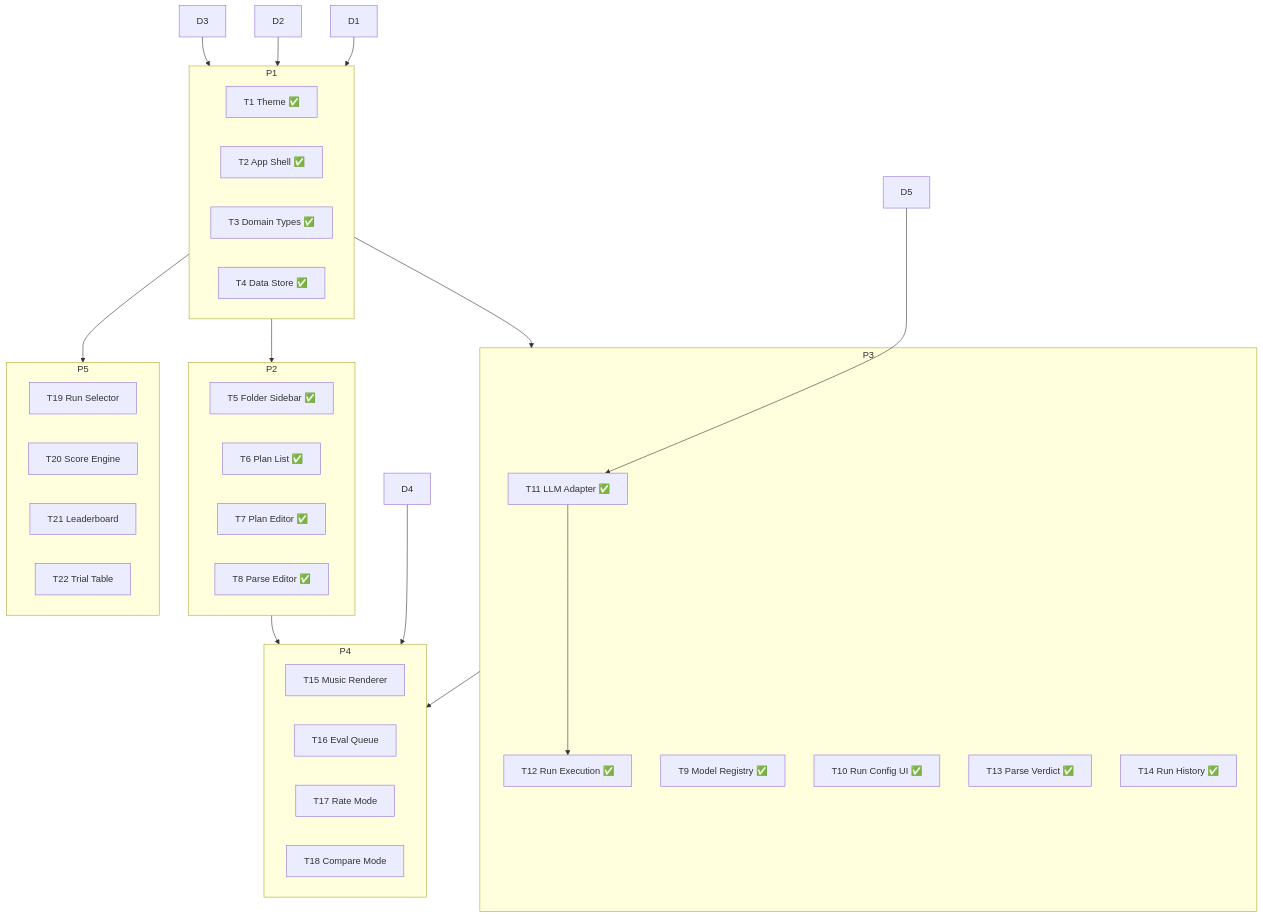
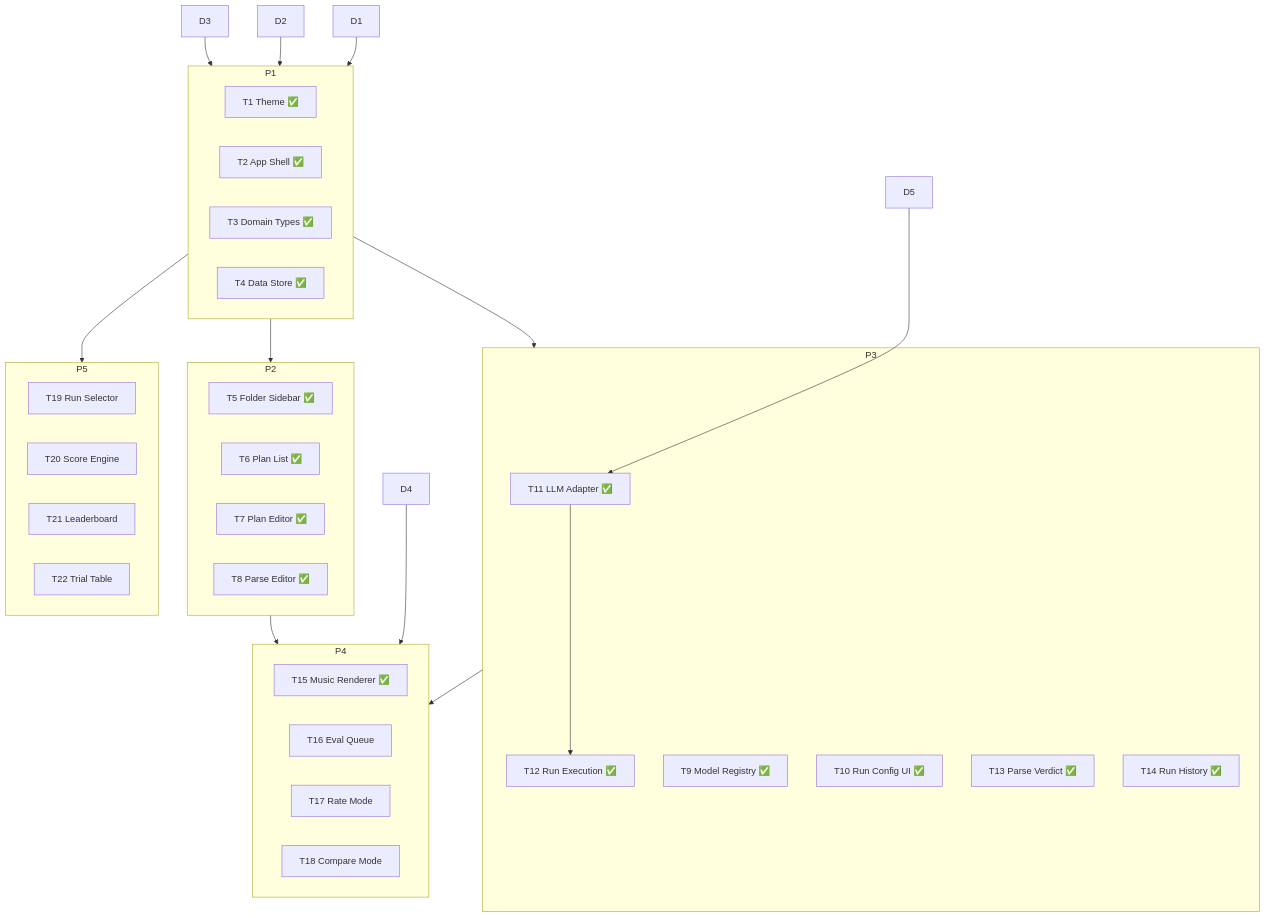
Before and after one commit to joelbreit/music-bench: the diagram in docs/roadmap.md, drawn with Mermaid. The commit also changed other lines of this file and 4 other files, not shown here.

Commit message:
T15 — Music Renderer Component

````diff
--- a/docs/roadmap.md
+++ b/docs/roadmap.md
@@ -61,50 +61,50 @@
 ```mermaid
 graph TD
     D1 & D2 & D3 --> P1
 
     P1[Phase 1: Foundation] --> P2[Phase 2: Build]
     P1 --> P3[Phase 3: Run]
     P1 --> P5[Phase 5: Explore]
     D4 --> P4[Phase 4: Evaluate]
     P2 --> P4
     P3 --> P4
     D5 --> T11
     T11 --> T12
 
     subgraph P1
         T1[T1 Theme ✅]
         T2[T2 App Shell ✅]
         T3[T3 Domain Types ✅]
         T4[T4 Data Store ✅]
     end
 
     subgraph P2
         T5[T5 Folder Sidebar ✅]
         T6[T6 Plan List ✅]
         T7[T7 Plan Editor ✅]
         T8[T8 Parse Editor ✅]
     end
 
     subgraph P3
         T9[T9 Model Registry ✅]
         T10[T10 Run Config UI ✅]
         T11[T11 LLM Adapter ✅]
         T12[T12 Run Execution ✅]
         T13[T13 Parse Verdict ✅]
         T14[T14 Run History ✅]
     end
 
     subgraph P4
-        T15[T15 Music Renderer]
+        T15[T15 Music Renderer ✅]
         T16[T16 Eval Queue]
         T17[T17 Rate Mode]
         T18[T18 Compare Mode]
     end
 
     subgraph P5
         T19[T19 Run Selector]
         T20[T20 Score Engine]
         T21[T21 Leaderboard]
         T22[T22 Trial Table]
     end
 ```
````
